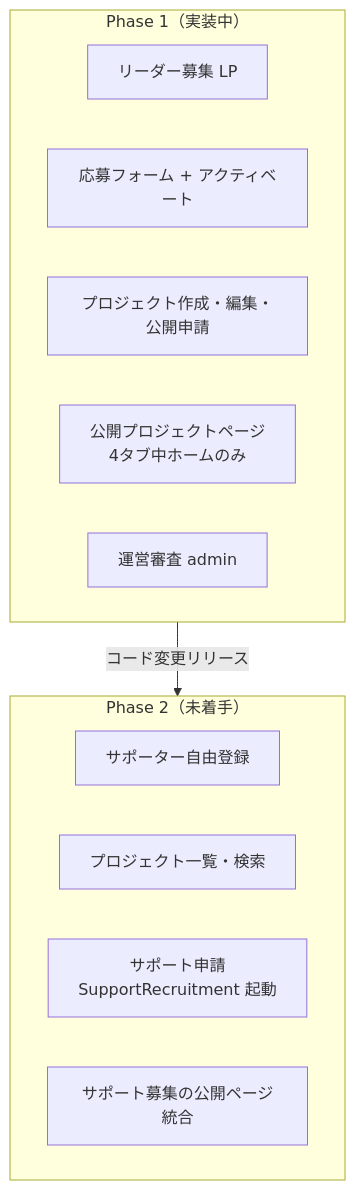
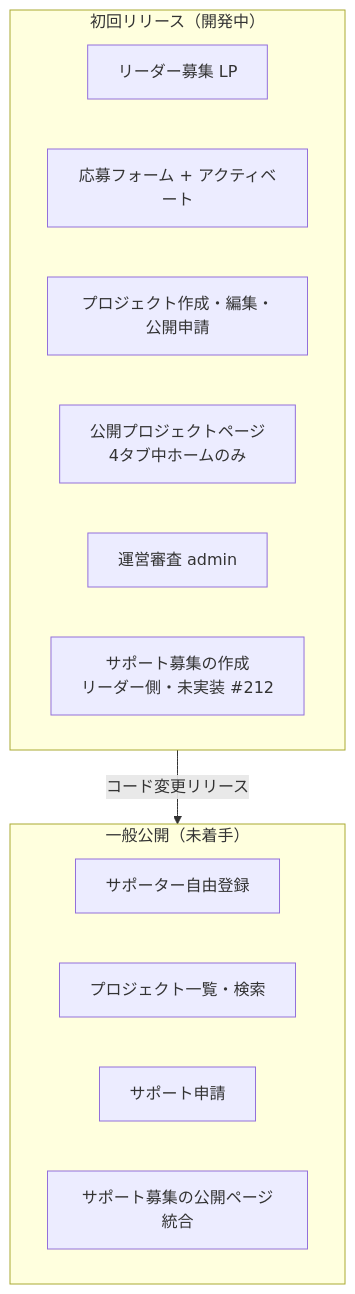
One commit to Physicalfunding/PhysiFun changed the eighth of 8 diagrams in docs/specs/01_system-architecture.md. Above: the diagram before and after it, drawn with Mermaid. The commit also changed other lines of this file and 27 other files, not shown here.

````diff
--- a/docs/specs/01_system-architecture.md
+++ b/docs/specs/01_system-architecture.md
@@ -346,19 +408,20 @@
 ```mermaid
 flowchart TB
-    subgraph Phase1["Phase 1（実装中）"]
-        P1A[リーダー募集 LP]
-        P1B[応募フォーム + アクティベート]
-        P1C[プロジェクト作成・編集・公開申請]
-        P1D[公開プロジェクトページ<br/>4タブ中ホームのみ]
-        P1E[運営審査 admin]
+    subgraph Initial["初回リリース（開発中）"]
+        I1[リーダー募集 LP]
+        I2[応募フォーム + アクティベート]
+        I3[プロジェクト作成・編集・公開申請]
+        I4[公開プロジェクトページ<br/>4タブ中ホームのみ]
+        I5[運営審査 admin]
+        I6[サポート募集の作成<br/>リーダー側・未実装 #212]
     end
 
-    subgraph Phase2["Phase 2（未着手）"]
-        P2A[サポーター自由登録]
-        P2B[プロジェクト一覧・検索]
-        P2C[サポート申請<br/>SupportRecruitment 起動]
-        P2D[サポート募集の公開ページ統合]
+    subgraph Public["一般公開（未着手）"]
+        G1[サポーター自由登録]
+        G2[プロジェクト一覧・検索]
+        G3[サポート申請]
+        G4[サポート募集の公開ページ統合]
     end
 
-    Phase1 -->|コード変更リリース| Phase2
+    Initial -->|コード変更リリース| Public
 ```
````
